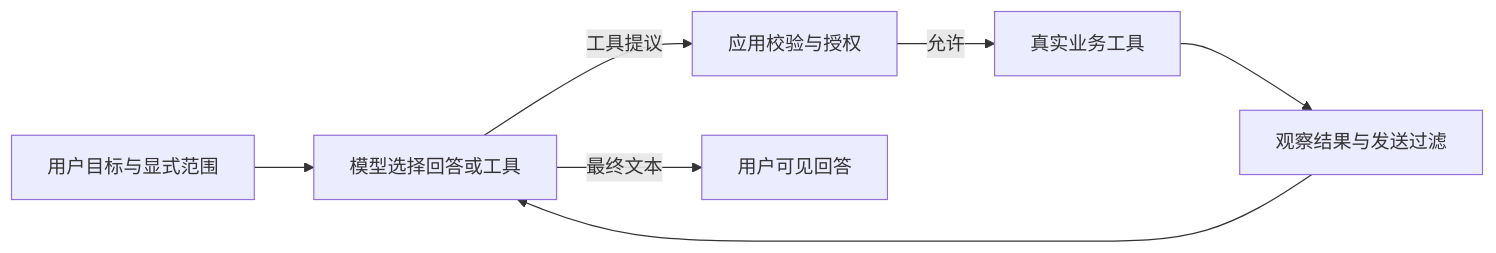
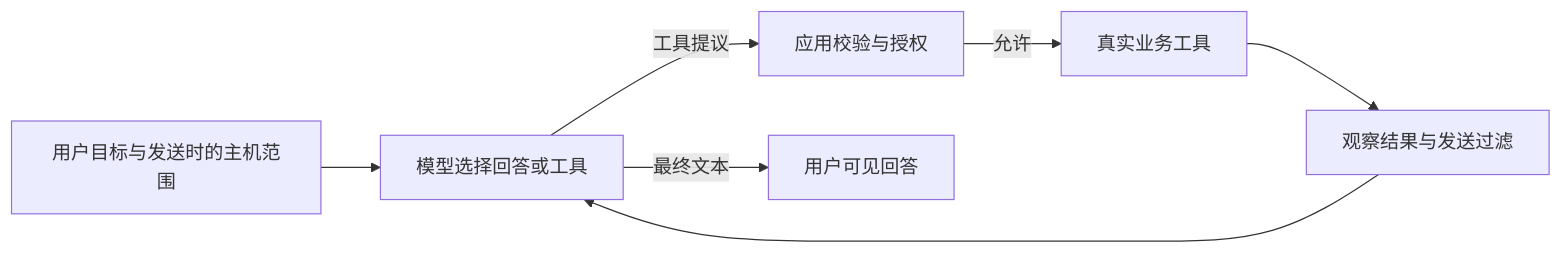
Before and after one commit to Marchen-orz/Sshairy: the first of 2 diagrams in docs/AI_AGENT_GUIDE.md, drawn with Mermaid. The commit also changed other lines of this file and 7 other files, not shown here.

````diff
--- a/docs/AI_AGENT_GUIDE.md
+++ b/docs/AI_AGENT_GUIDE.md
@@ -55,9 +55,9 @@
 ```mermaid
 flowchart LR
-  U[用户目标与显式范围] --> M[模型选择回答或工具]
+  U[用户目标与发送时的主机范围] --> M[模型选择回答或工具]
   M -->|工具提议| G[应用校验与授权]
   G -->|允许| T[真实业务工具]
   T --> O[观察结果与发送过滤]
   O --> M
   M -->|最终文本| A[用户可见回答]
 ```
````
